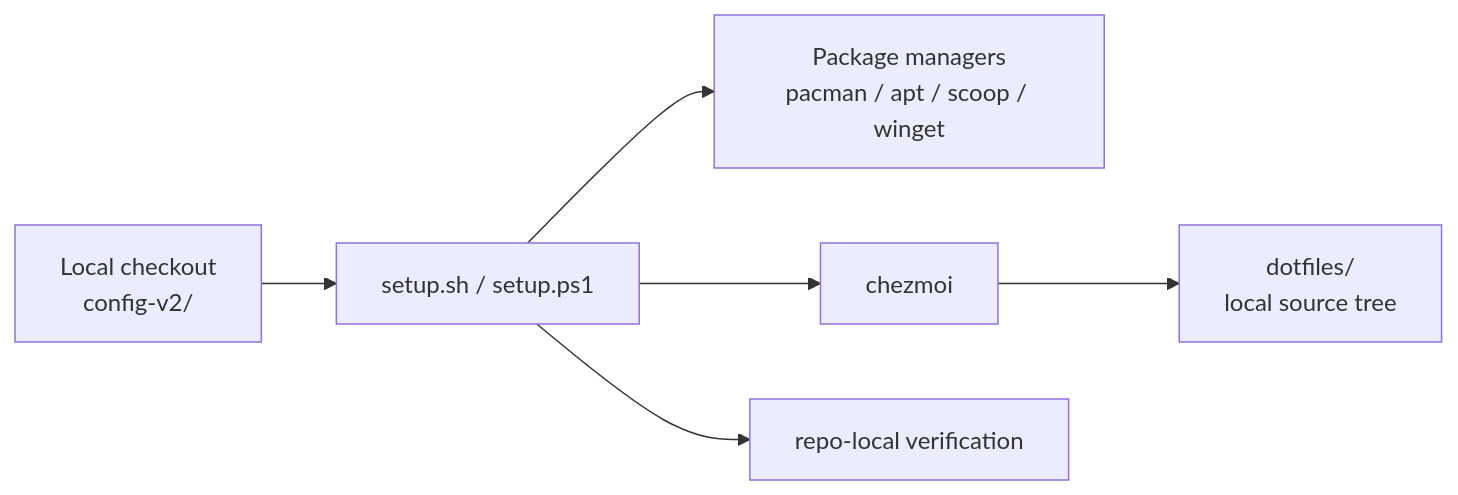
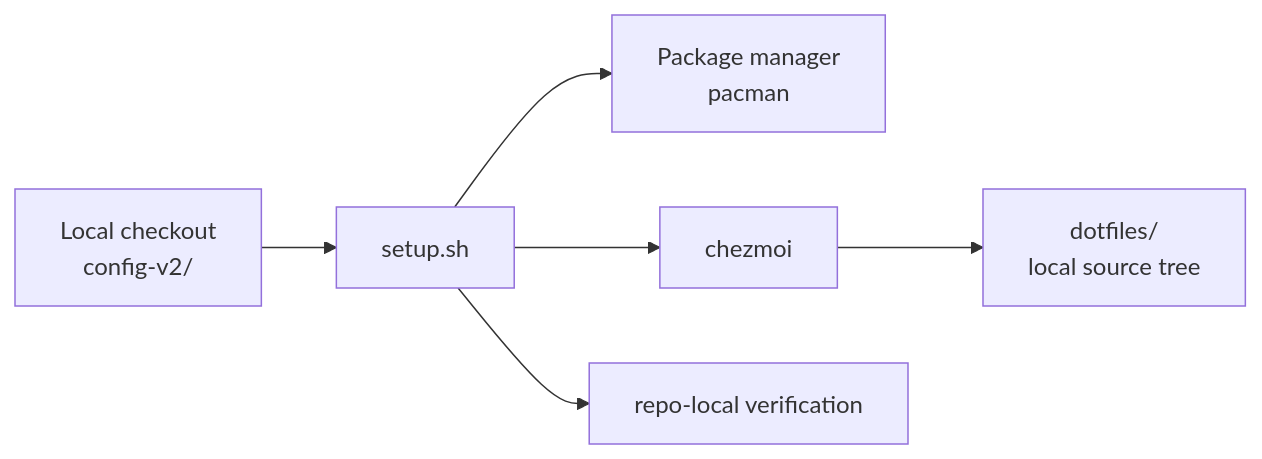
The first of 3 diagrams in _bmad-output/planning-artifacts/architecture/architecture-config-v2-dotfiles-integration-2026-08-07/ARCHITECTURE-SPINE.md (HaberkornJonas/config-v2), drawn with Mermaid before and after one commit. The commit also changed other lines of this file and 9 other files, not shown here.

````diff
--- a/_bmad-output/planning-artifacts/architecture/architecture-config-v2-dotfiles-integration-2026-08-07/ARCHITECTURE-SPINE.md
+++ b/_bmad-output/planning-artifacts/architecture/architecture-config-v2-dotfiles-integration-2026-08-07/ARCHITECTURE-SPINE.md
@@ -27,15 +27,15 @@
 ```mermaid
 graph LR
     ENTRY["Local checkout\nconfig-v2/"]
-    SETUP["setup.sh / setup.ps1"]
-    PKG["Package managers\npacman / apt / scoop / winget"]
+    SETUP["setup.sh"]
+    PKG["Package manager\npacman"]
     CM["chezmoi"]
     DF["dotfiles/\nlocal source tree"]
     VERIFY["repo-local verification"]
 
     ENTRY --> SETUP
     SETUP --> PKG
     SETUP --> CM
     CM --> DF
     SETUP --> VERIFY
 ```
````
